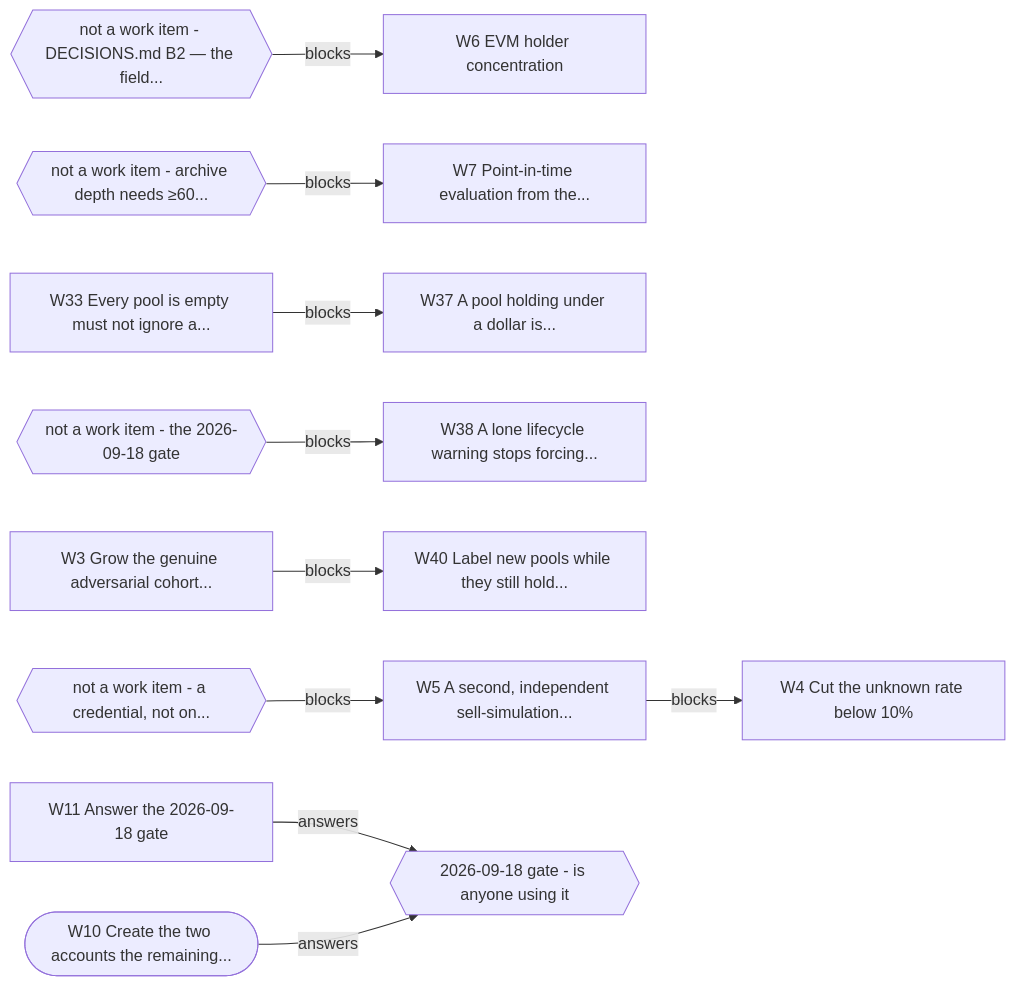
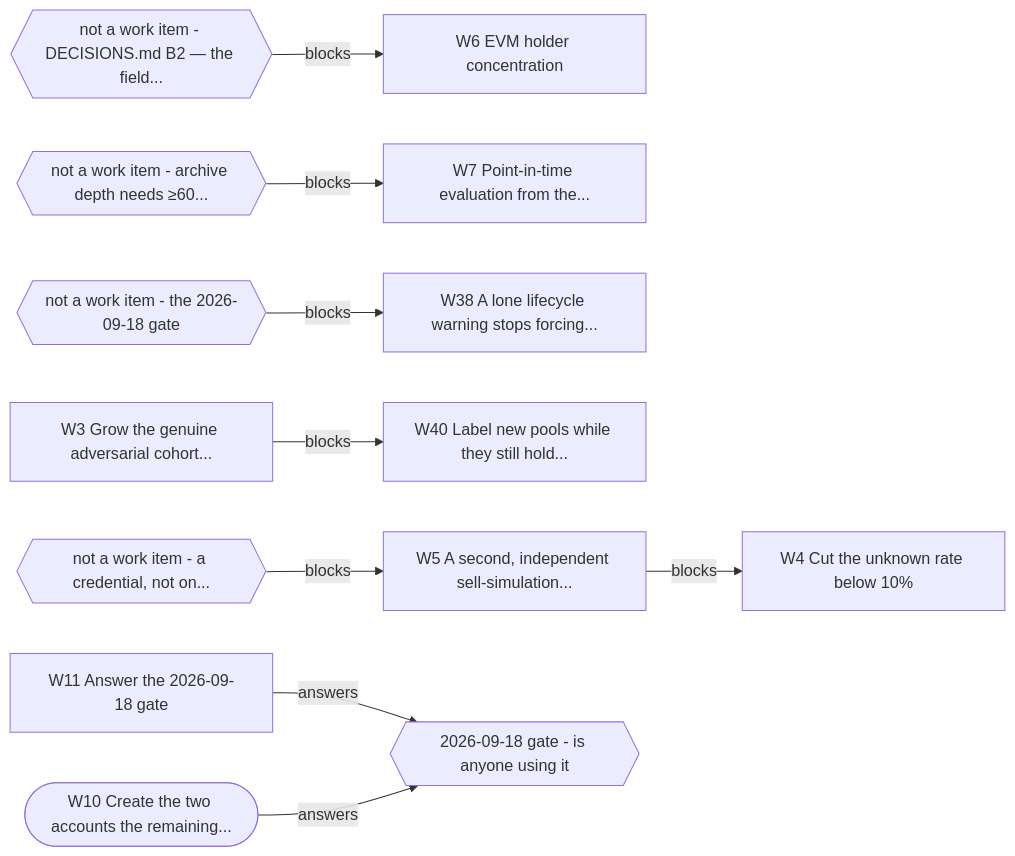
One commit to jakegu1/vetagent changed the second of 2 diagrams in docs/OWNER.md. Above: the diagram before and after it, drawn with Mermaid. The commit also changed other lines of this file and 4 other files, not shown here.

First line of the commit message:
W33: an empty WETH pool answered "nothing to sell into" for a $115,299 pool beside it

````diff
--- a/docs/OWNER.md
+++ b/docs/OWNER.md
@@ -118,28 +118,25 @@
 ```mermaid
 flowchart LR
     W3[W3 Grow the genuine adversarial cohort...]
     W4[W4 Cut the unknown rate below 10%]
     W6[W6 EVM holder concentration]
     W7[W7 Point-in-time evaluation from the...]
-    W33[W33 Every pool is empty must not ignore a...]
-    W37[W37 A pool holding under a dollar is...]
     W38[W38 A lone lifecycle warning stops forcing...]
     W40[W40 Label new pools while they still hold...]
     W5[W5 A second, independent sell-simulation...]
     W10([W10 Create the two accounts the remaining...])
     W11[W11 Answer the 2026-09-18 gate]
     E1{{not a work item - DECISIONS.md B2 — the field...}}
     E2{{not a work item - archive depth needs ≥60...}}
     E3{{not a work item - the 2026-09-18 gate}}
     E4{{not a work item - a credential, not on...}}
     GATE{{2026-09-18 gate - is anyone using it}}
     W5 -->|blocks| W4
     E1 -->|blocks| W6
     E2 -->|blocks| W7
-    W33 -->|blocks| W37
     E3 -->|blocks| W38
     W3 -->|blocks| W40
     E4 -->|blocks| W5
     W11 -->|answers| GATE
     W10 -->|answers| GATE
 ```
````
